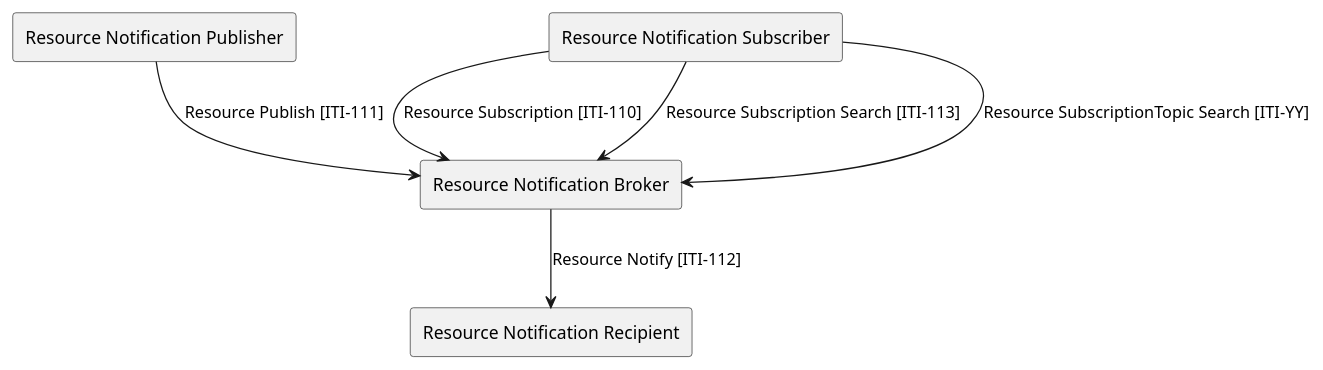
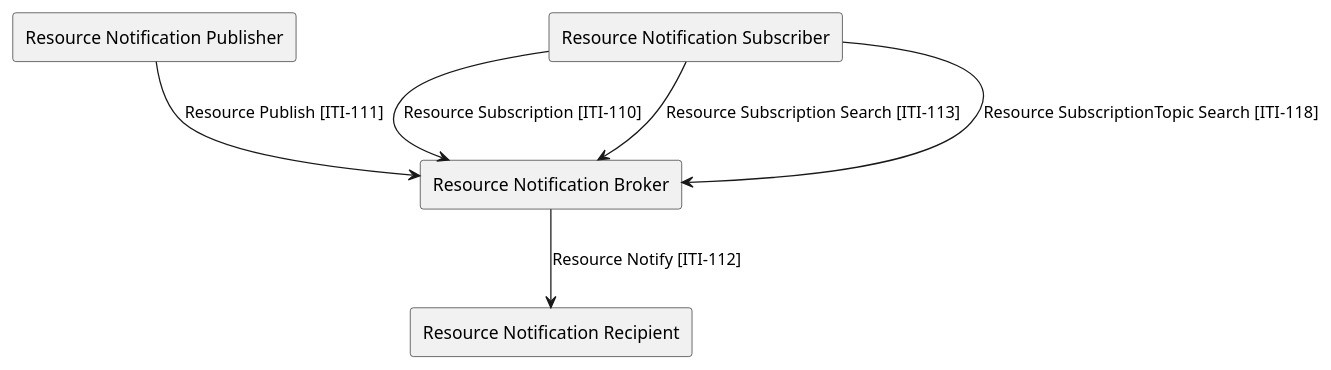
The diagram in input/images-source/ActorsAndTransactions.plantuml (IHE/ITI.DSUBm), drawn with PlantUML before and after one commit. The commit also changed 8 other files, not shown here.

```diff
--- a/input/images-source/ActorsAndTransactions.plantuml
+++ b/input/images-source/ActorsAndTransactions.plantuml
@@ -1,11 +1,11 @@
 @startuml
 agent "Resource Notification Publisher" as Publisher
 agent "Resource Notification Broker" as Broker
 agent "Resource Notification Subscriber" as Subscriber
 agent "Resource Notification Recipient" as Recipient
 Publisher --> Broker : "Resource Publish [ITI-111]"
 Subscriber --> Broker : "Resource Subscription [ITI-110]"
 Subscriber --> Broker : "Resource Subscription Search [ITI-113]"
-Subscriber --> Broker : "Resource SubscriptionTopic Search [ITI-YY]"
+Subscriber --> Broker : "Resource SubscriptionTopic Search [ITI-118]"
 Broker --> Recipient : "Resource Notify [ITI-112]"
 @enduml
```
